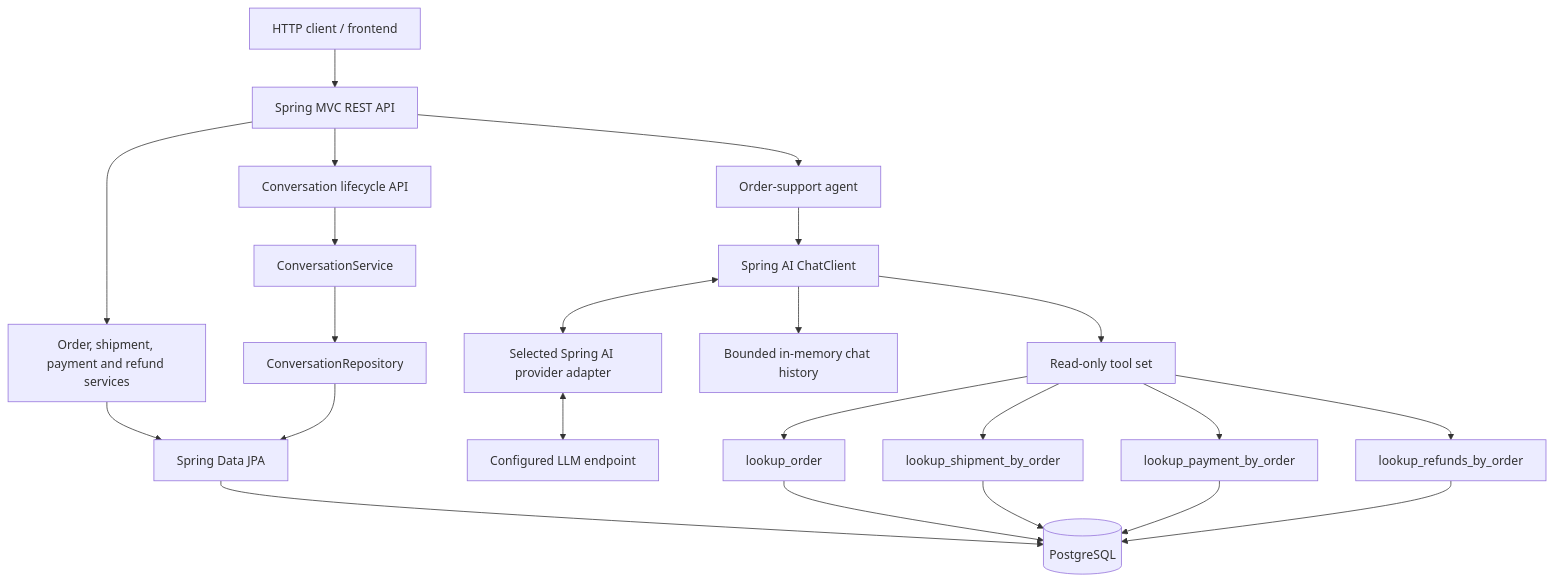
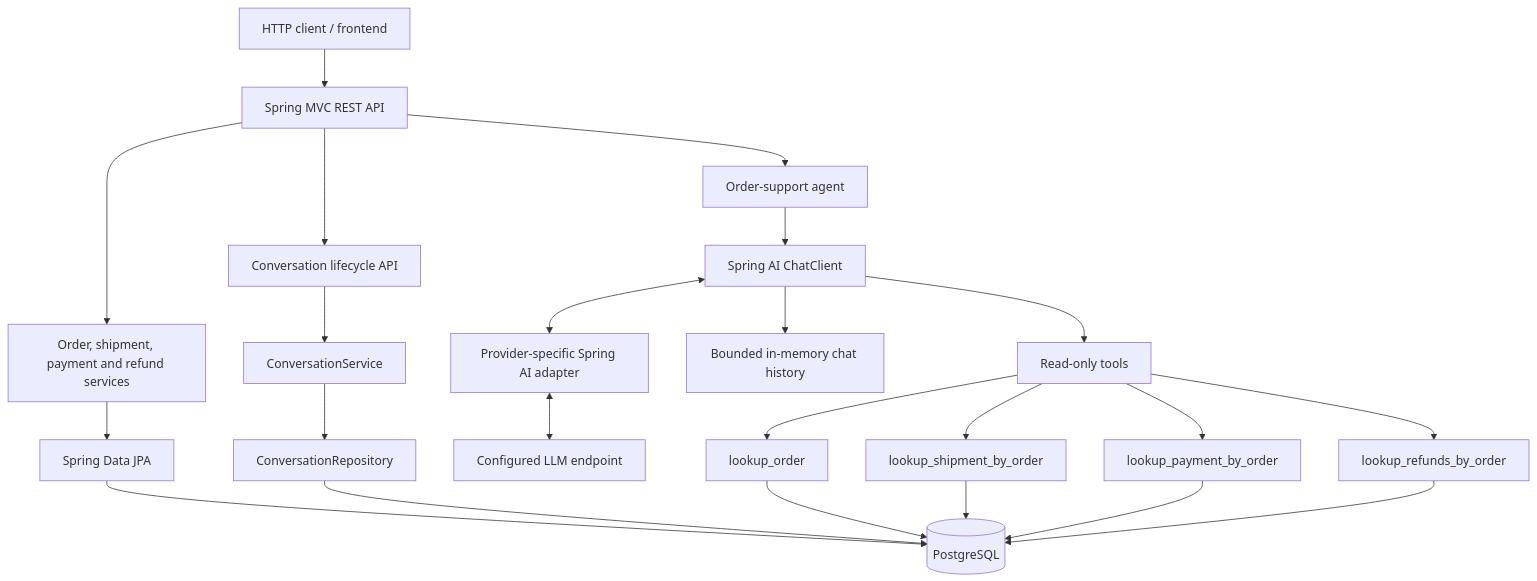
One commit to sbaychev/knowledge-agent changed the diagram in README.md. Above: the diagram before and after it, drawn with Mermaid. The commit also changed other lines of this file and 19 other files, not shown here.

````diff
--- a/README.md
+++ b/README.md
@@ -51,30 +66,30 @@
 ```mermaid
 flowchart TD
     Client[HTTP client / frontend] --> API[Spring MVC REST API]
 
     API --> Domain[Order, shipment, payment and refund services]
     Domain --> JPA[Spring Data JPA]
     JPA --> DB[(PostgreSQL)]
 
     API --> ConversationAPI[Conversation lifecycle API]
     ConversationAPI --> ConversationService[ConversationService]
     ConversationService --> ConversationRepo[ConversationRepository]
-    ConversationRepo --> JPA
+    ConversationRepo --> DB
 
     API --> Agent[Order-support agent]
     Agent --> ChatClient[Spring AI ChatClient]
-    ChatClient <--> Adapter[Selected Spring AI provider adapter]
+    ChatClient <--> Adapter[Provider-specific Spring AI adapter]
     Adapter <--> LLM[Configured LLM endpoint]
     ChatClient --> Memory[Bounded in-memory chat history]
-    ChatClient --> Tools[Read-only tool set]
+    ChatClient --> Tools[Read-only tools]
 
     Tools --> OrderTool[lookup_order]
     Tools --> ShipmentTool[lookup_shipment_by_order]
     Tools --> PaymentTool[lookup_payment_by_order]
     Tools --> RefundTool[lookup_refunds_by_order]
 
     OrderTool --> DB
     ShipmentTool --> DB
     PaymentTool --> DB
     RefundTool --> DB
 ```
````
